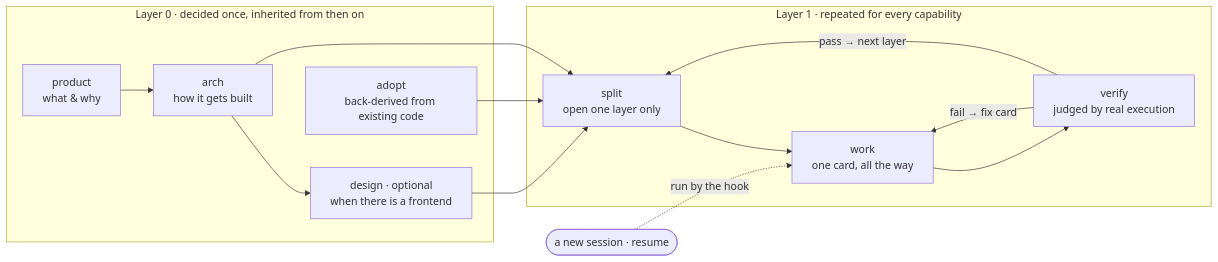
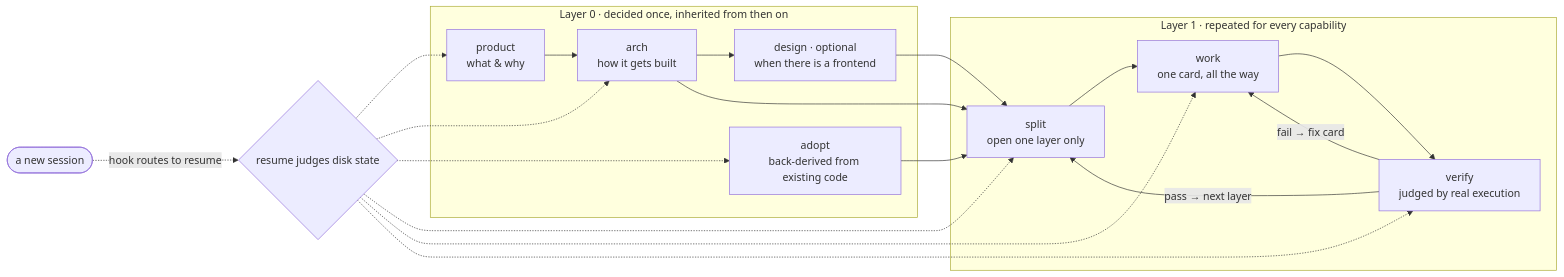
One commit to nanomia-ai/devflow changed the first of 5 diagrams in README.md. Above: the diagram before and after it, drawn with Mermaid. The commit also changed other lines of this file and 50 other files, not shown here.

````diff
--- a/README.md
+++ b/README.md
@@ -41,18 +41,24 @@
 ```mermaid
 flowchart LR
     subgraph L0["Layer 0 · decided once, inherited from then on"]
         P["product<br>what & why"] --> A["arch<br>how it gets built"]
         A --> D["design · optional<br>when there is a frontend"]
         AD["adopt<br>back-derived from existing code"]
     end
     subgraph L1["Layer 1 · repeated for every capability"]
         S["split<br>open one layer only"] --> W["work<br>one card, all the way"]
         W --> V["verify<br>judged by real execution"]
         V -->|"fail → fix card"| W
         V -->|"pass → next layer"| S
     end
     A --> S
     D --> S
     AD --> S
-    R(["a new session · resume"]) -.->|"run by the hook"| W
+    R(["a new session"]) -.->|"hook routes to resume"| X{"resume judges disk state"}
+    X -.-> P
+    X -.-> A
+    X -.-> AD
+    X -.-> S
+    X -.-> W
+    X -.-> V
 ```
````
